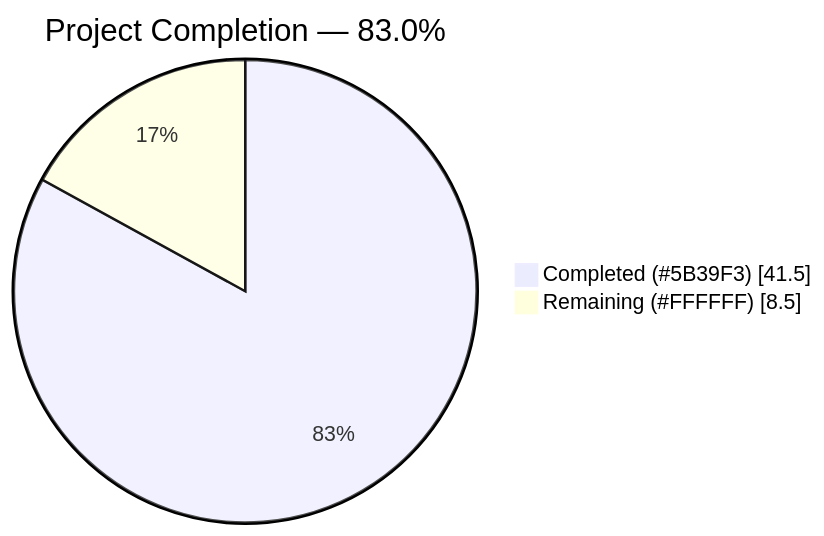
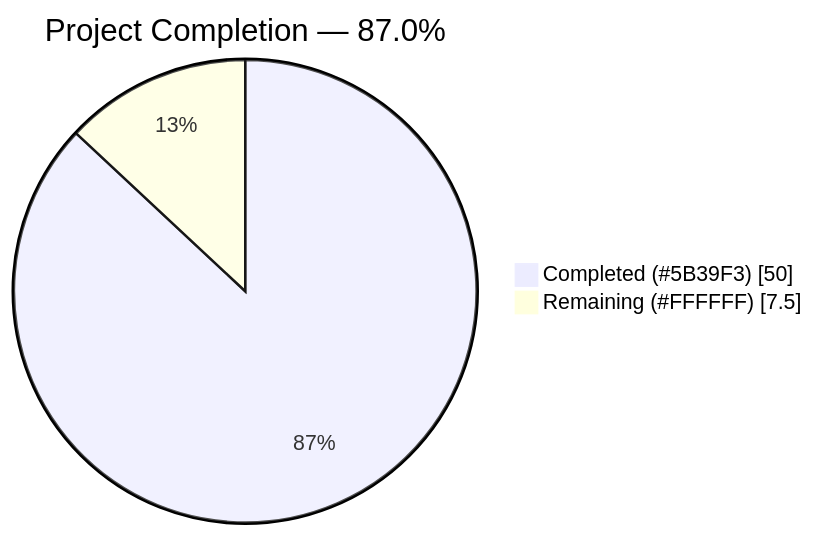
The first of 4 diagrams in blitzy/documentation/Project Guide.md (Blitzy-Multi/Artifact5), drawn with Mermaid before and after one commit. The commit also changed other lines of this file, not shown here.

Commit message:
Adding Blitzy Project Guide: Project Status and Human Tasks Remaining

````diff
--- a/blitzy/documentation/Project Guide.md
+++ b/blitzy/documentation/Project Guide.md
@@ -9,5 +9,5 @@
 ```mermaid
-pie showData title Project Completion — 83.0%
-    "Completed (#5B39F3)" : 41.5
-    "Remaining (#FFFFFF)" : 8.5
+pie showData title Project Completion — 87.0%
+    "Completed (#5B39F3)" : 50.0
+    "Remaining (#FFFFFF)" : 7.5
 ```
````
